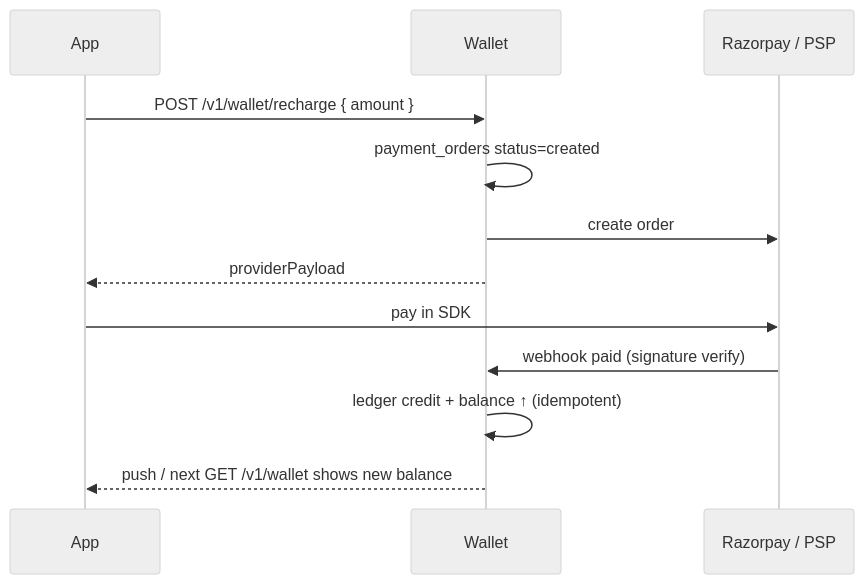
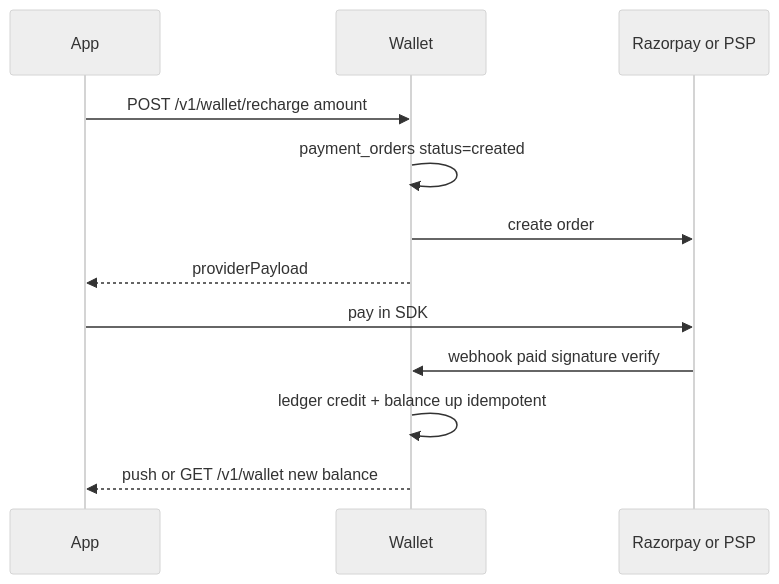
Before and after one commit to unib0ts/astro-ub: the eighth of 9 diagrams in docs/architecture/02-wallet-state-machine.md, drawn with Mermaid (neutral theme). The commit also changed other lines of this file and 2 other files, not shown here.

First line of the commit message:
Fix Mermaid diagrams on GitHub Pages.

````diff
--- a/docs/architecture/02-wallet-state-machine.md
+++ b/docs/architecture/02-wallet-state-machine.md
@@ -240,15 +231,15 @@
 ```mermaid
 sequenceDiagram
   participant App
   participant Wallet
-  participant PSP as Razorpay / PSP
+  participant PSP as Razorpay or PSP
 
-  App->>Wallet: POST /v1/wallet/recharge { amount }
+  App->>Wallet: POST /v1/wallet/recharge amount
   Wallet->>Wallet: payment_orders status=created
   Wallet->>PSP: create order
   Wallet-->>App: providerPayload
   App->>PSP: pay in SDK
-  PSP->>Wallet: webhook paid (signature verify)
-  Wallet->>Wallet: ledger credit + balance ↑ (idempotent)
-  Wallet-->>App: push / next GET /v1/wallet shows new balance
+  PSP->>Wallet: webhook paid signature verify
+  Wallet->>Wallet: ledger credit + balance up idempotent
+  Wallet-->>App: push or GET /v1/wallet new balance
 ```
````
